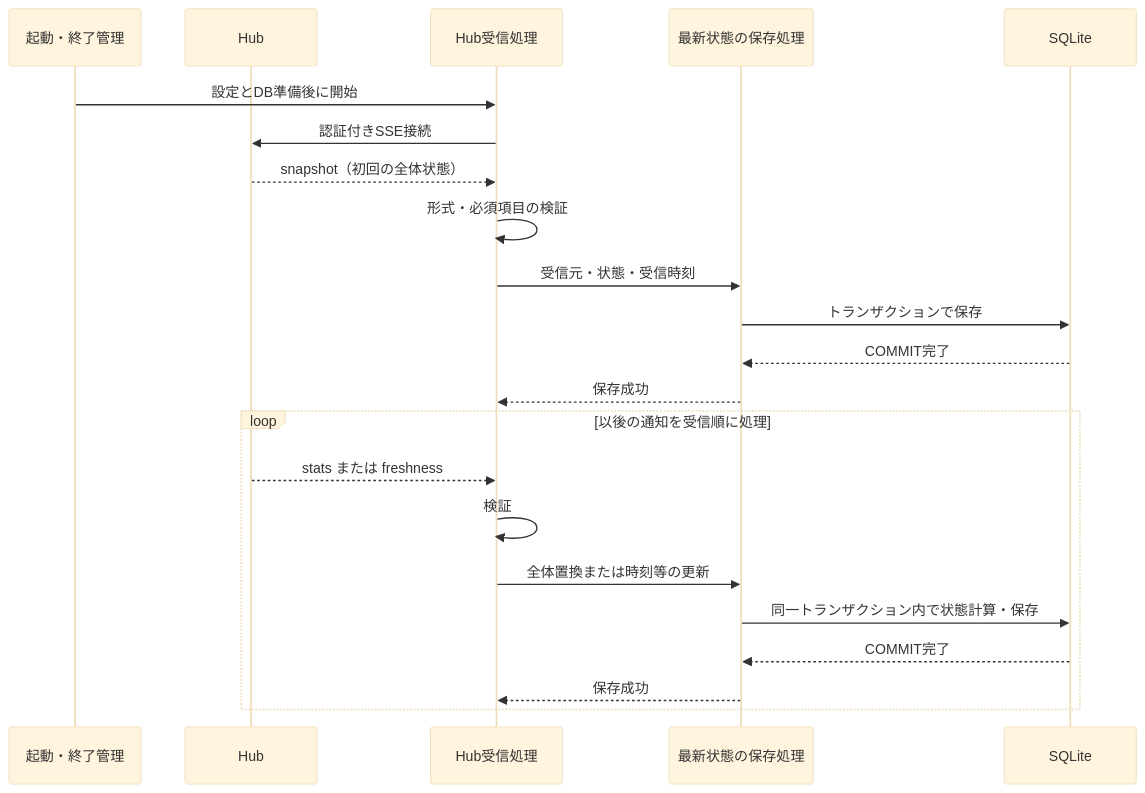
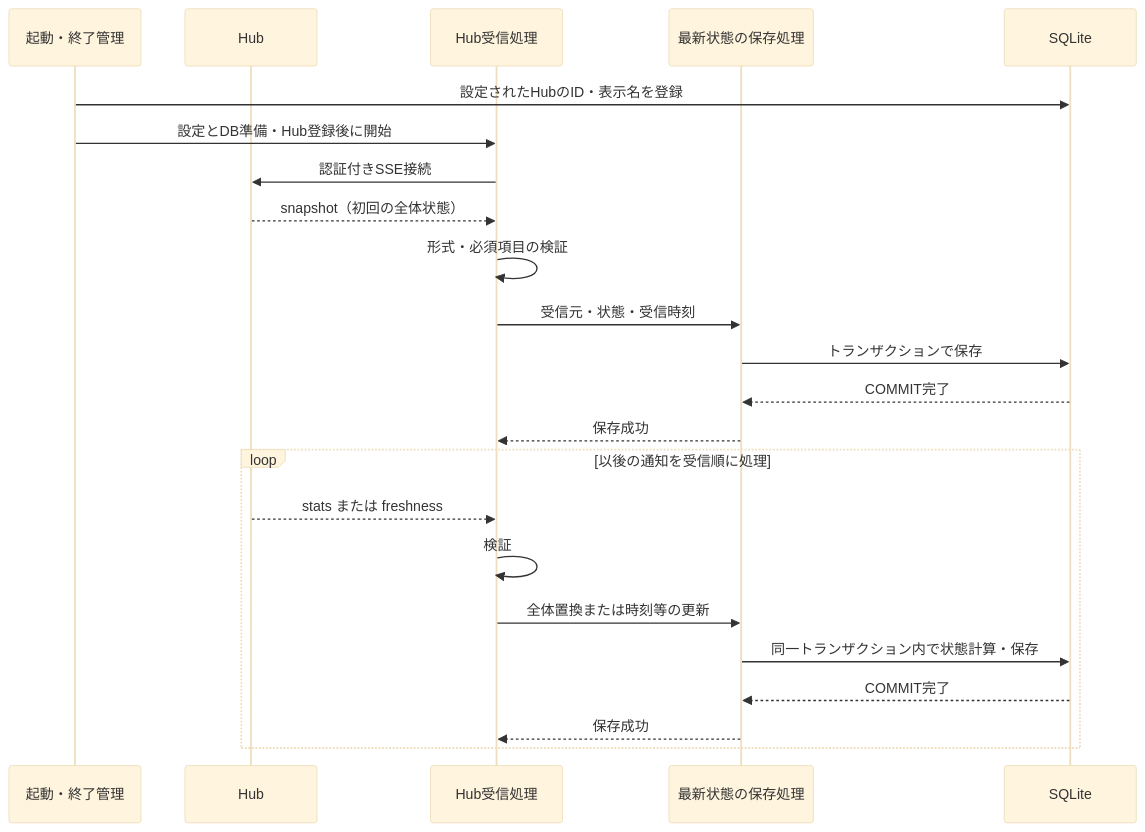
Before and after one commit to nuitsjp/token-monitor-analytics: the third of 4 diagrams in docs/architecture.md, drawn with Mermaid (base theme). The commit also changed other lines of this file and 3 other files, not shown here.

````diff
--- a/docs/architecture.md
+++ b/docs/architecture.md
@@ -47,24 +47,25 @@
 ```mermaid
 sequenceDiagram
   participant L as 起動・終了管理
   participant H as Hub
   participant R as Hub受信処理
   participant S as 最新状態の保存処理
   participant D as SQLite
-  L->>R: 設定とDB準備後に開始
+  L->>D: 設定されたHubのID・表示名を登録
+  L->>R: 設定とDB準備・Hub登録後に開始
   R->>H: 認証付きSSE接続
   H-->>R: snapshot（初回の全体状態）
   R->>R: 形式・必須項目の検証
   R->>S: 受信元・状態・受信時刻
   S->>D: トランザクションで保存
   D-->>S: COMMIT完了
   S-->>R: 保存成功
   loop 以後の通知を受信順に処理
     H-->>R: stats または freshness
     R->>R: 検証
     R->>S: 全体置換または時刻等の更新
     S->>D: 同一トランザクション内で状態計算・保存
     D-->>S: COMMIT完了
     S-->>R: 保存成功
   end
 ```
````
